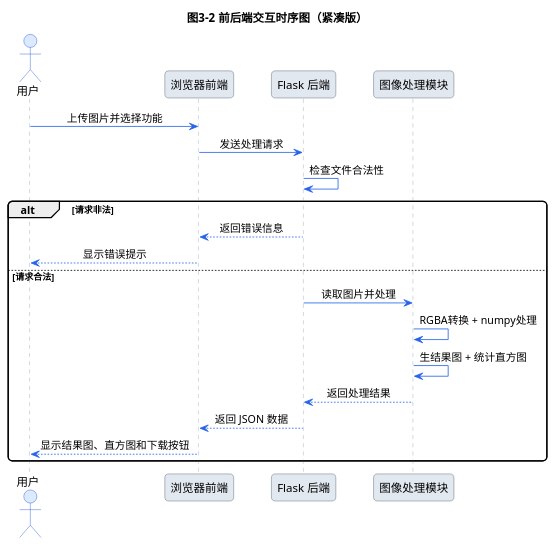
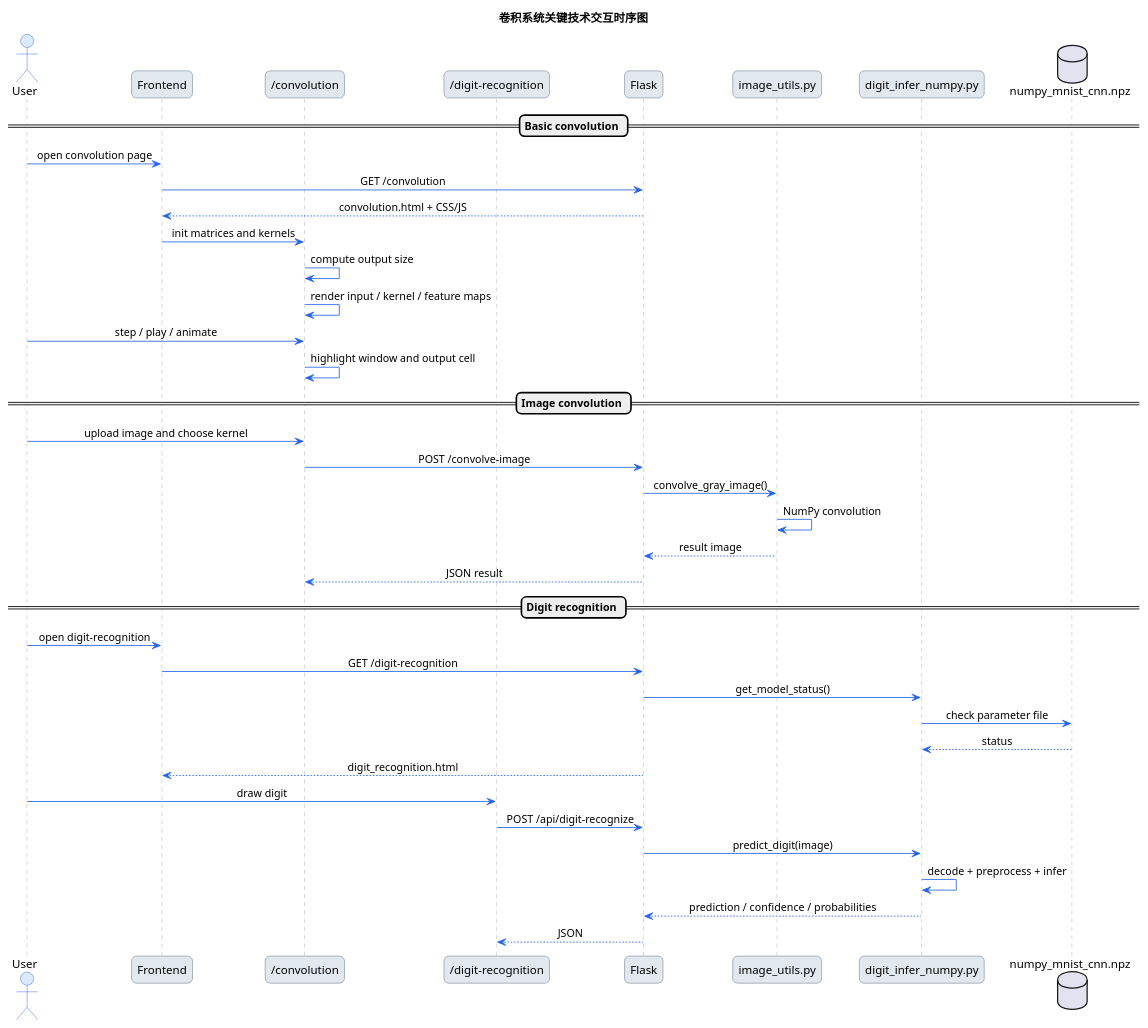
Before and after one commit to blinkfy/CVClass: the diagram in pic.puml, drawn with PlantUML. The commit also changed 43 other files, not shown here.

```diff
--- a/pic.puml
+++ b/pic.puml
@@ -1,40 +1,61 @@
 @startuml
-title 图3-2 前后端交互时序图（紧凑版）
+title 卷积系统关键技术交互时序图
 
 skinparam backgroundColor white
 skinparam shadowing false
-skinparam roundcorner 10
+skinparam roundcorner 12
+skinparam ParticipantPadding 18
+skinparam SequenceMessageAlign center
 skinparam sequence {
     ArrowColor #2563EB
     LifeLineBorderColor #94A3B8
     LifeLineBackgroundColor #F8FAFC
     ParticipantBorderColor #475569
     ParticipantBackgroundColor #E2E8F0
     ActorBorderColor #1D4ED8
     ActorBackgroundColor #DBEAFE
 }
-skinparam ParticipantPadding 18
-skinparam SequenceMessageAlign center
 
-actor 用户
-participant "浏览器前端" as Frontend
-participant "Flask 后端" as Backend
-participant "图像处理模块" as Processor
+actor User
+participant "Frontend" as Frontend
+participant "/convolution" as ConvPage
+participant "/digit-recognition" as DigitPage
+participant "Flask" as Flask
+participant "image_utils.py" as ImgOps
+participant "digit_infer_numpy.py" as Infer
+database "numpy_mnist_cnn.npz" as Weights
 
-用户 -> Frontend : 上传图片并选择功能
-Frontend -> Backend : 发送处理请求
+== Basic convolution ==
+User -> Frontend : open convolution page
+Frontend -> Flask : GET /convolution
+Flask --> Frontend : convolution.html + CSS/JS
+Frontend -> ConvPage : init matrices and kernels
+ConvPage -> ConvPage : compute output size
+ConvPage -> ConvPage : render input / kernel / feature maps
+User -> ConvPage : step / play / animate
+ConvPage -> ConvPage : highlight window and output cell
 
-Backend -> Backend : 检查文件合法性
-alt 请求非法
-    Backend --> Frontend : 返回错误信息
-    Frontend --> 用户 : 显示错误提示
-else 请求合法
-    Backend -> Processor : 读取图片并处理
-    Processor -> Processor : RGBA转换 + numpy处理
-    Processor -> Processor : 生结果图 + 统计直方图
-    Processor --> Backend : 返回处理结果
-    Backend --> Frontend : 返回 JSON 数据
-    Frontend --> 用户 : 显示结果图、直方图和下载按钮
-end
+== Image convolution ==
+User -> ConvPage : upload image and choose kernel
+ConvPage -> Flask : POST /convolve-image
+Flask -> ImgOps : convolve_gray_image()
+ImgOps -> ImgOps : NumPy convolution
+ImgOps --> Flask : result image
+Flask --> ConvPage : JSON result
+
+== Digit recognition ==
+User -> Frontend : open digit-recognition
+Frontend -> Flask : GET /digit-recognition
+Flask -> Infer : get_model_status()
+Infer -> Weights : check parameter file
+Weights --> Infer : status
+Flask --> Frontend : digit_recognition.html
+
+User -> DigitPage : draw digit
+DigitPage -> Flask : POST /api/digit-recognize
+Flask -> Infer : predict_digit(image)
+Infer -> Infer : decode + preprocess + infer
+Infer --> Flask : prediction / confidence / probabilities
+Flask --> DigitPage : JSON
 
 @enduml
```
